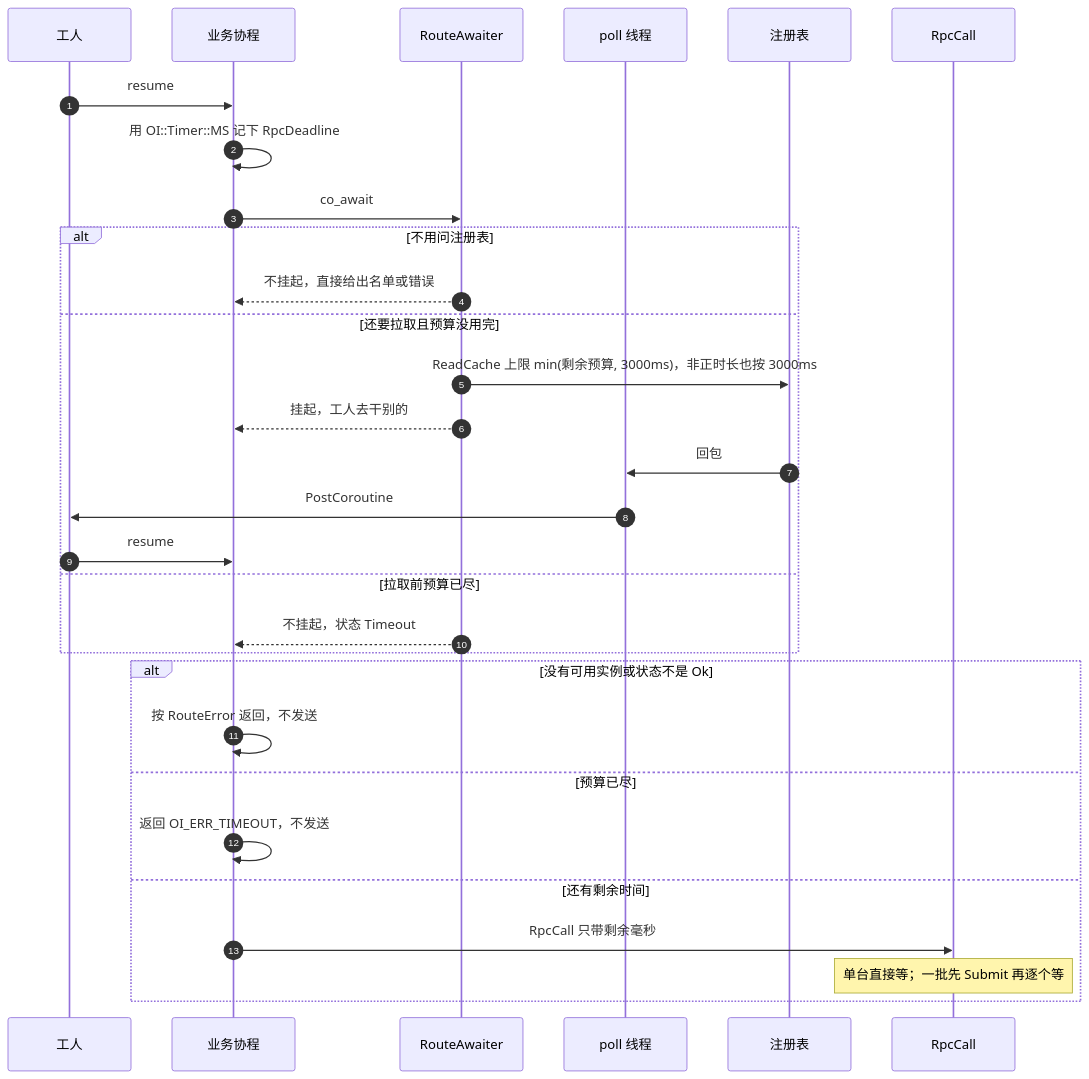
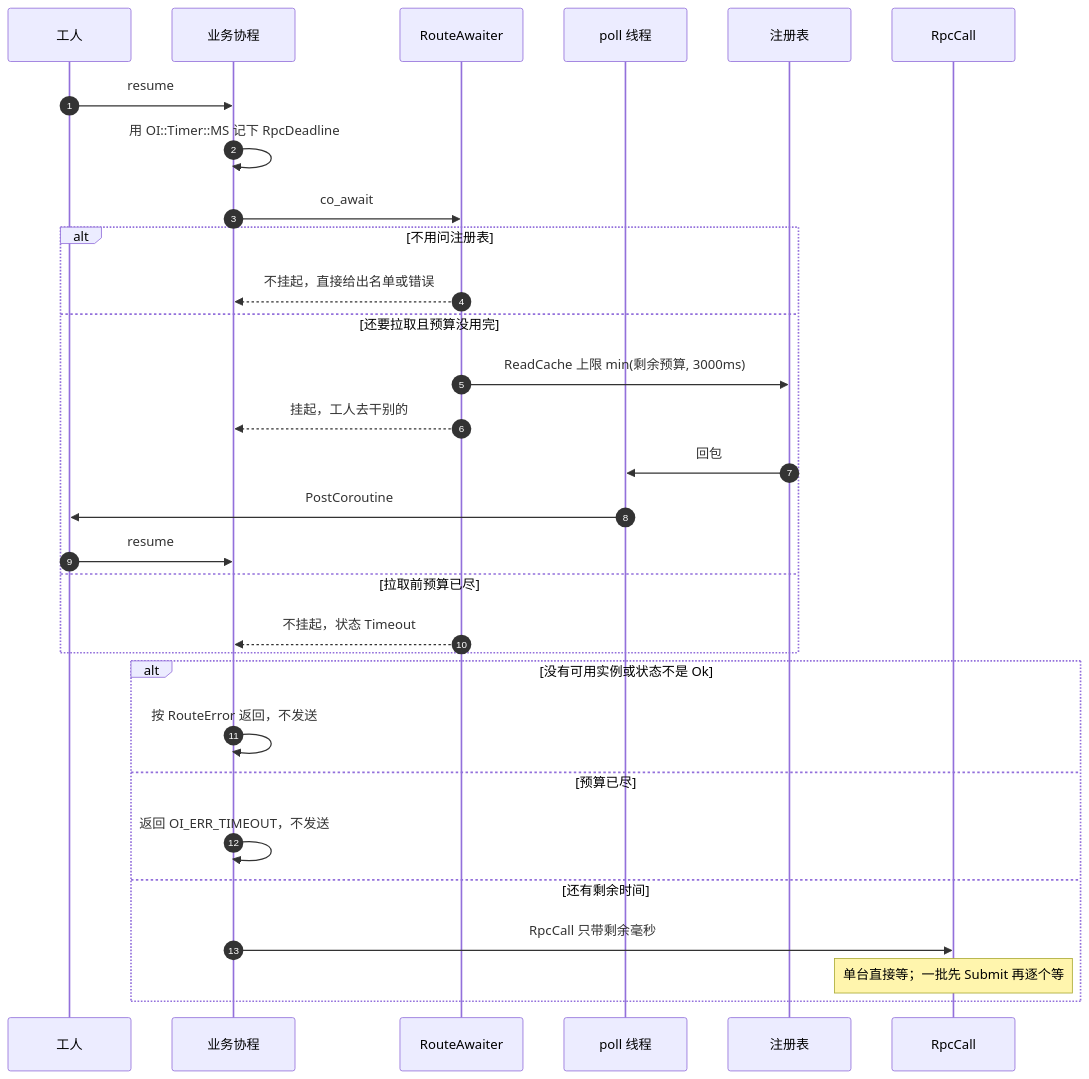
One commit to orikiaru/openidea changed the diagram in docs/sequence-diagram/multi-thread/route.md. Above: the diagram before and after it, drawn with Mermaid. The commit also changed other lines of this file and 39 other files, not shown here.

Commit message:
非正 RPC 超时打错误日志后按 30 秒等待，避免调用一直挂着。时序图按当前收发和新增路径重写，并记下 11 月 22 日的全量结果。

````diff
--- a/docs/sequence-diagram/multi-thread/route.md
+++ b/docs/sequence-diagram/multi-thread/route.md
@@ -9,33 +9,33 @@
 ```mermaid
 sequenceDiagram
     autonumber
     participant Worker as 工人
     participant Biz as 业务协程
     participant Route as RouteAwaiter
     participant Poll as poll 线程
     participant Reg as 注册表
     participant Call as RpcCall
 
     Worker->>Biz: resume
     Biz->>Biz: 用 OI::Timer::MS 记下 RpcDeadline
     Biz->>Route: co_await
     alt 不用问注册表
         Route-->>Biz: 不挂起，直接给出名单或错误
     else 还要拉取且预算没用完
-        Route->>Reg: ReadCache 上限 min(剩余预算, 3000ms)，非正时长也按 3000ms
+        Route->>Reg: ReadCache 上限 min(剩余预算, 3000ms)
         Route-->>Biz: 挂起，工人去干别的
         Reg->>Poll: 回包
         Poll->>Worker: PostCoroutine
         Worker->>Biz: resume
     else 拉取前预算已尽
         Route-->>Biz: 不挂起，状态 Timeout
     end
     alt 没有可用实例或状态不是 Ok
         Biz->>Biz: 按 RouteError 返回，不发送
     else 预算已尽
         Biz->>Biz: 返回 OI_ERR_TIMEOUT，不发送
     else 还有剩余时间
         Biz->>Call: RpcCall 只带剩余毫秒
         Note over Call: 单台直接等；一批先 Submit 再逐个等
     end
 ```
````
